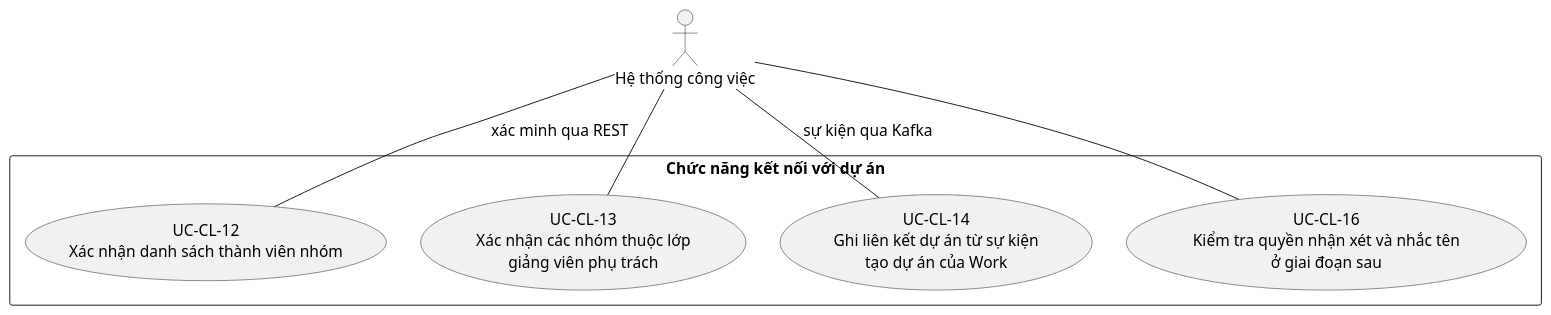
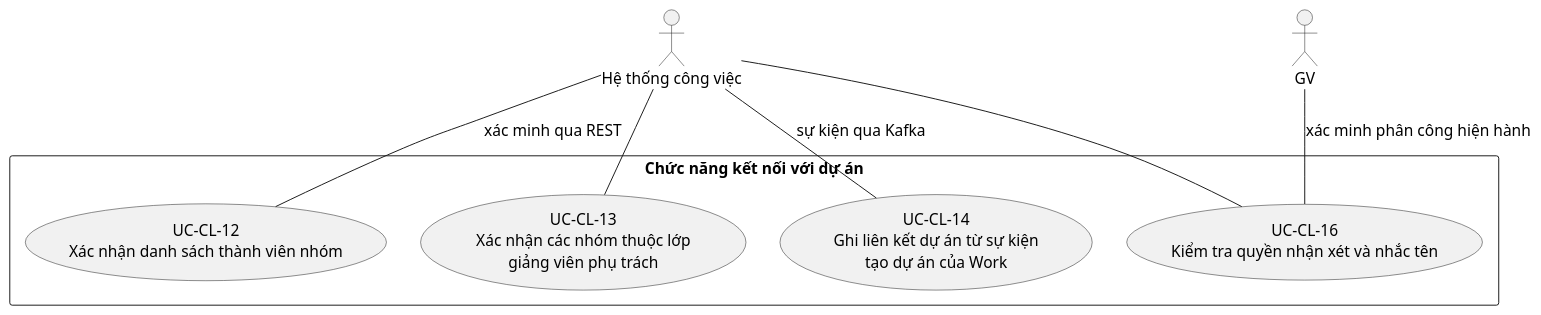
Before and after one commit to TriNguyenThanh/UTask: the fourth of 4 diagrams in docs/diagram/classroom-service/usecase.md, drawn with PlantUML. The commit also changed other lines of this file and 4 other files, not shown here.

````diff
--- a/docs/diagram/classroom-service/usecase.md
+++ b/docs/diagram/classroom-service/usecase.md
@@ -162,20 +171,21 @@
 ```plantuml
 @startuml
 top to bottom direction
 skinparam monochrome true
 skinparam shadowing false
 skinparam defaultFontName Arial, sans-serif
 skinparam defaultFontSize 16
 actor "Hệ thống công việc" as WORK
 rectangle "Chức năng kết nối với dự án" {
   usecase "UC-CL-12\nXác nhận danh sách thành viên nhóm" as UC12
   usecase "UC-CL-13\nXác nhận các nhóm thuộc lớp\ngiảng viên phụ trách" as UC13
   usecase "UC-CL-14\nGhi liên kết dự án từ sự kiện\ntạo dự án của Work" as UC14
-  usecase "UC-CL-16\nKiểm tra quyền nhận xét và nhắc tên\nở giai đoạn sau" as UC16
+  usecase "UC-CL-16\nKiểm tra quyền nhận xét và nhắc tên" as UC16
 }
 WORK -- UC12 : xác minh qua REST
 WORK -- UC13
 WORK -- UC14 : sự kiện qua Kafka
 WORK -- UC16
+GV -- UC16 : xác minh phân công hiện hành
 @enduml
 ```
````
